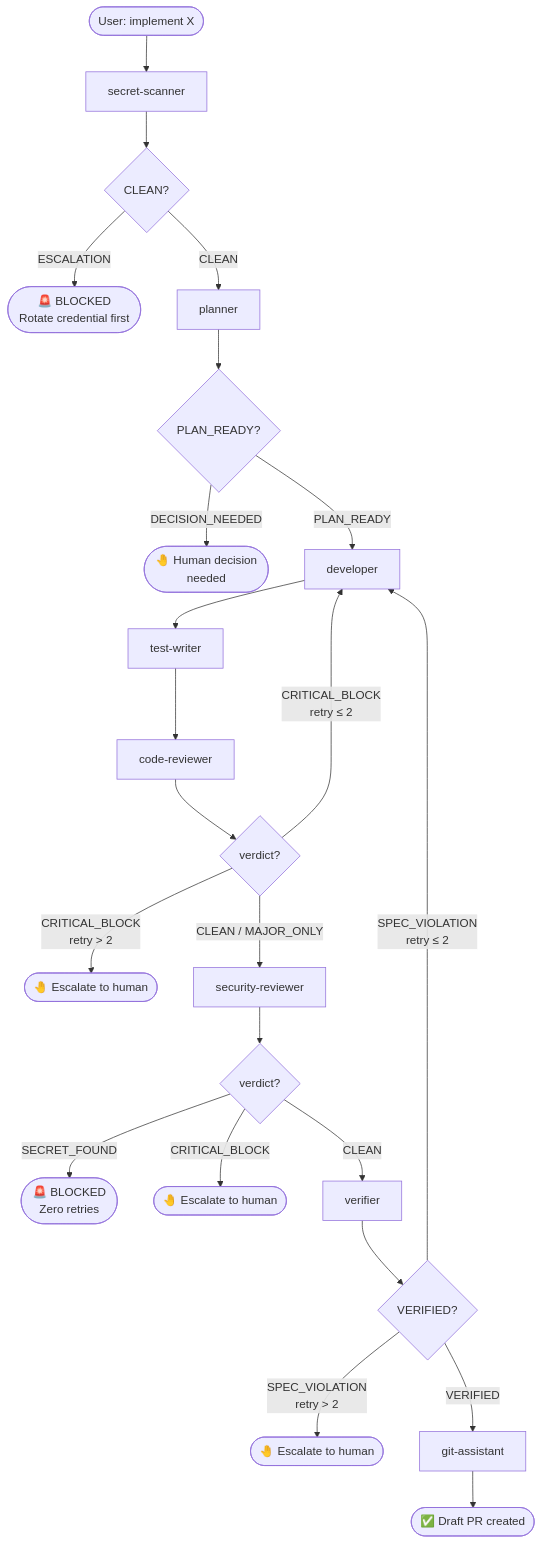
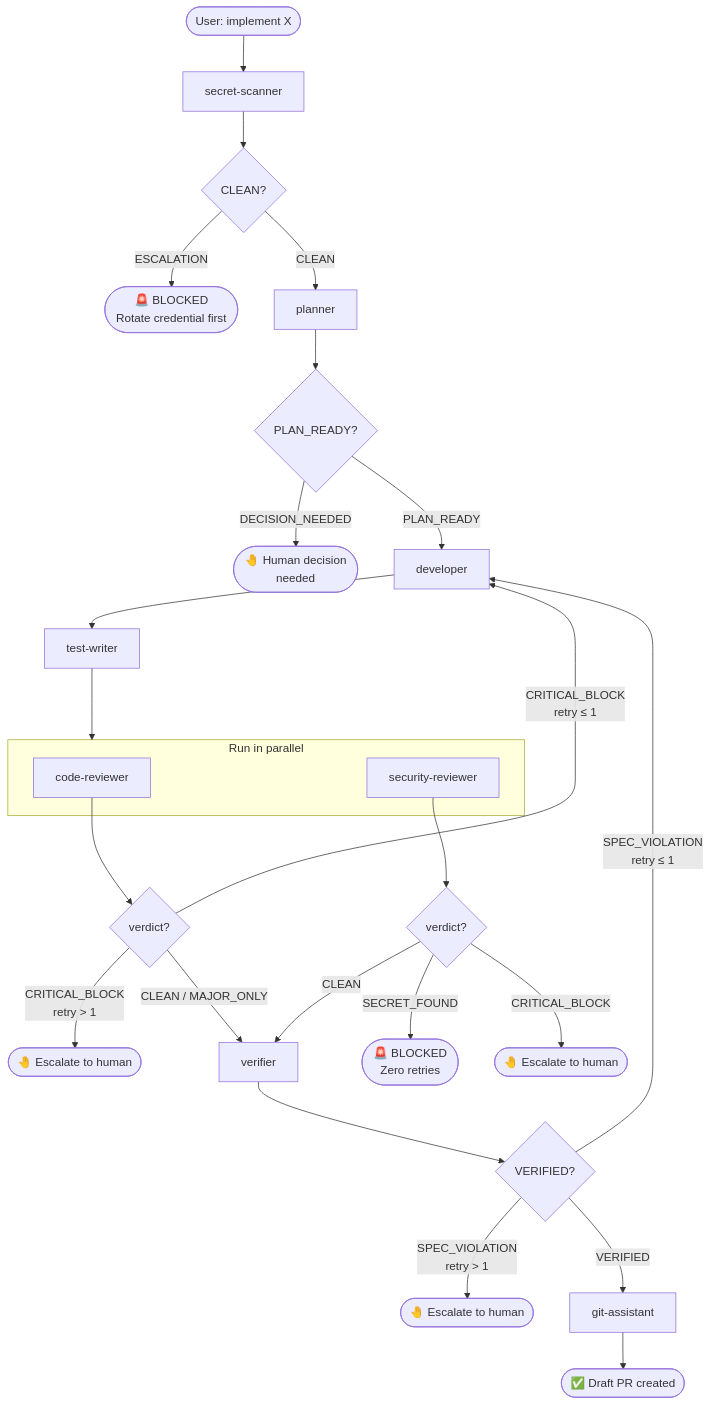
One commit to RyoKusnadi/rig-bench changed the first of 6 diagrams in agents/README.md. Above: the diagram before and after it, drawn with Mermaid. The commit also changed other lines of this file and 32 other files, not shown here.

````diff
--- a/agents/README.md
+++ b/agents/README.md
@@ -90,32 +90,37 @@
 ```mermaid
 flowchart TD
     Start([User: implement X]) --> SS[secret-scanner]
 
     SS --> SS_gate{CLEAN?}
     SS_gate -- ESCALATION --> BLOCKED1([🚨 BLOCKED\nRotate credential first])
     SS_gate -- CLEAN --> PL[planner]
 
     PL --> PL_gate{PLAN_READY?}
     PL_gate -- DECISION_NEEDED --> Human1([🤚 Human decision\nneeded])
     PL_gate -- PLAN_READY --> DEV[developer]
 
     DEV --> TW[test-writer]
-    TW --> CR[code-reviewer]
+    TW --> Parallel
+
+    subgraph Parallel [Run in parallel]
+        CR[code-reviewer]
+        SR[security-reviewer]
+    end
 
     CR --> CR_gate{verdict?}
-    CR_gate -- CRITICAL_BLOCK\nretry ≤ 2 --> DEV
-    CR_gate -- CRITICAL_BLOCK\nretry > 2 --> Human2([🤚 Escalate to human])
-    CR_gate -- CLEAN / MAJOR_ONLY --> SR[security-reviewer]
+    CR_gate -- CRITICAL_BLOCK\nretry ≤ 1 --> DEV
+    CR_gate -- CRITICAL_BLOCK\nretry > 1 --> Human2([🤚 Escalate to human])
+    CR_gate -- CLEAN / MAJOR_ONLY --> VF[verifier]
 
     SR --> SR_gate{verdict?}
     SR_gate -- SECRET_FOUND --> BLOCKED2([🚨 BLOCKED\nZero retries])
     SR_gate -- CRITICAL_BLOCK --> Human3([🤚 Escalate to human])
-    SR_gate -- CLEAN --> VF[verifier]
+    SR_gate -- CLEAN --> VF
 
     VF --> VF_gate{VERIFIED?}
-    VF_gate -- SPEC_VIOLATION\nretry ≤ 2 --> DEV
-    VF_gate -- SPEC_VIOLATION\nretry > 2 --> Human4([🤚 Escalate to human])
+    VF_gate -- SPEC_VIOLATION\nretry ≤ 1 --> DEV
+    VF_gate -- SPEC_VIOLATION\nretry > 1 --> Human4([🤚 Escalate to human])
     VF_gate -- VERIFIED --> GA[git-assistant]
 
     GA --> PR([✅ Draft PR created])
 ```
````
